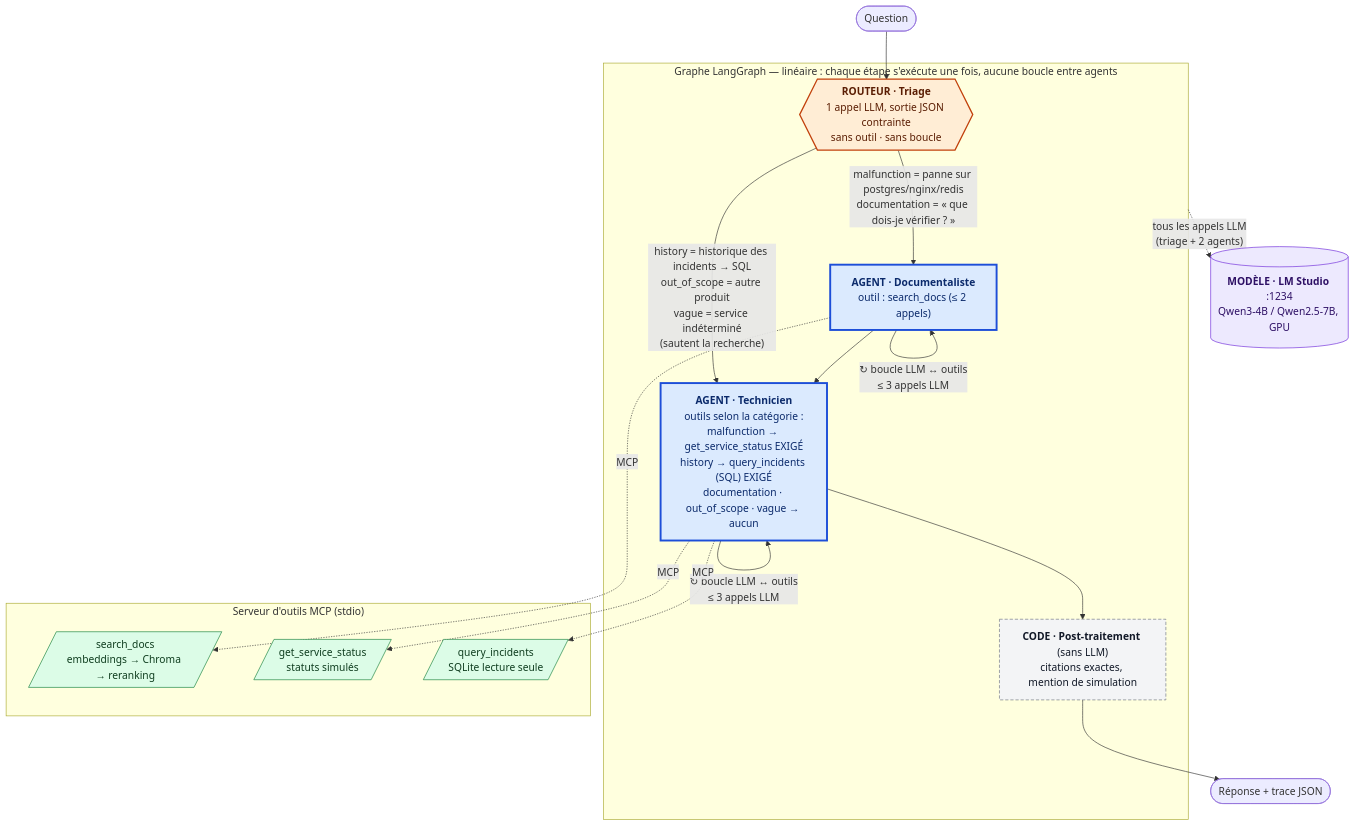
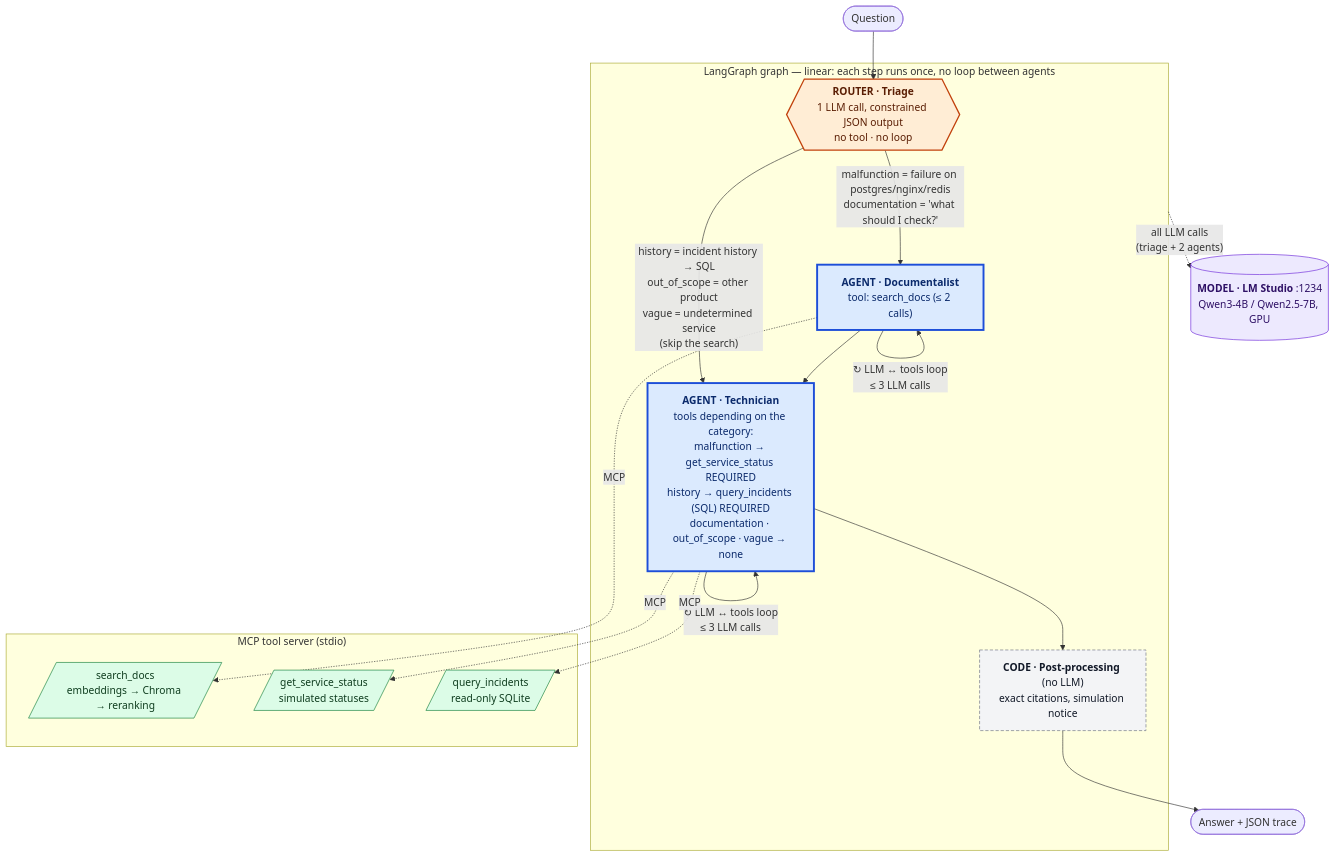
Before and after one commit to StephaneHe/HelloSupport: the first of 2 diagrams in docs/DESIGN_DECISIONS.md, drawn with Mermaid. The commit also changed other lines of this file and 29 other files, not shown here.

First line of the commit message:
Translate all documentation into English and lock it with a test (v1.11.1)

````diff
--- a/docs/DESIGN_DECISIONS.md
+++ b/docs/DESIGN_DECISIONS.md
@@ -27,40 +27,40 @@
 ```mermaid
 flowchart TB
     Q(["Question"]) --> T
 
-    subgraph G["Graphe LangGraph — linéaire : chaque étape s'exécute une fois, aucune boucle entre agents"]
-        T{{"<b>ROUTEUR · Triage</b><br/>1 appel LLM, sortie JSON contrainte<br/>sans outil · sans boucle"}}
-        T -->|"malfunction = panne sur postgres/nginx/redis<br/>documentation = « que dois-je vérifier ? »"| D
-        T -->|"history = historique des incidents → SQL<br/>out_of_scope = autre produit<br/>vague = service indéterminé<br/>(sautent la recherche)"| TE
-        D["<b>AGENT · Documentaliste</b><br/>outil : search_docs (≤ 2 appels)"]
-        D -->|"↻ boucle LLM ↔ outils<br/>≤ 3 appels LLM"| D
+    subgraph G["LangGraph graph — linear: each step runs once, no loop between agents"]
+        T{{"<b>ROUTER · Triage</b><br/>1 LLM call, constrained JSON output<br/>no tool · no loop"}}
+        T -->|"malfunction = failure on postgres/nginx/redis<br/>documentation = 'what should I check?'"| D
+        T -->|"history = incident history → SQL<br/>out_of_scope = other product<br/>vague = undetermined service<br/>(skip the search)"| TE
+        D["<b>AGENT · Documentalist</b><br/>tool: search_docs (≤ 2 calls)"]
+        D -->|"↻ LLM ↔ tools loop<br/>≤ 3 LLM calls"| D
         D --> TE
-        TE["<b>AGENT · Technicien</b><br/>outils selon la catégorie :<br/>malfunction → get_service_status EXIGÉ<br/>history → query_incidents (SQL) EXIGÉ<br/>documentation · out_of_scope · vague → aucun"]
-        TE -->|"↻ boucle LLM ↔ outils<br/>≤ 3 appels LLM"| TE
-        TE --> P["<b>CODE · Post-traitement</b> (sans LLM)<br/>citations exactes, mention de simulation"]
+        TE["<b>AGENT · Technician</b><br/>tools depending on the category:<br/>malfunction → get_service_status REQUIRED<br/>history → query_incidents (SQL) REQUIRED<br/>documentation · out_of_scope · vague → none"]
+        TE -->|"↻ LLM ↔ tools loop<br/>≤ 3 LLM calls"| TE
+        TE --> P["<b>CODE · Post-processing</b> (no LLM)<br/>exact citations, simulation notice"]
     end
-    P --> A(["Réponse + trace JSON"])
+    P --> A(["Answer + JSON trace"])
 
-    subgraph MCP["Serveur d'outils MCP (stdio)"]
+    subgraph MCP["MCP tool server (stdio)"]
         S1[/"search_docs<br/>embeddings → Chroma → reranking"/]
-        S2[/"get_service_status<br/>statuts simulés"/]
-        S3[/"query_incidents<br/>SQLite lecture seule"/]
+        S2[/"get_service_status<br/>simulated statuses"/]
+        S3[/"query_incidents<br/>read-only SQLite"/]
     end
     D -. "MCP" .-> S1
     TE -. "MCP" .-> S2
     TE -. "MCP" .-> S3
 
-    LLM[("<b>MODÈLE · LM Studio</b> :1234<br/>Qwen3-4B / Qwen2.5-7B, GPU")]
-    G -. "tous les appels LLM<br/>(triage + 2 agents)" .-> LLM
+    LLM[("<b>MODEL · LM Studio</b> :1234<br/>Qwen3-4B / Qwen2.5-7B, GPU")]
+    G -. "all LLM calls<br/>(triage + 2 agents)" .-> LLM
 
     classDef agent fill:#dbeafe,stroke:#1d4ed8,stroke-width:3px,color:#0b2a6b
     classDef router fill:#ffedd5,stroke:#c2410c,stroke-width:2px,color:#5a1d03
     classDef code fill:#f3f4f6,stroke:#6b7280,stroke-width:1px,stroke-dasharray:5 3,color:#111827
     classDef tool fill:#dcfce7,stroke:#15803d,color:#0f3d1f
     classDef model fill:#ede9fe,stroke:#6d28d9,color:#2e1065
     class D,TE agent
     class T router
     class P code
     class S1,S2,S3 tool
     class LLM model
 ```
````
